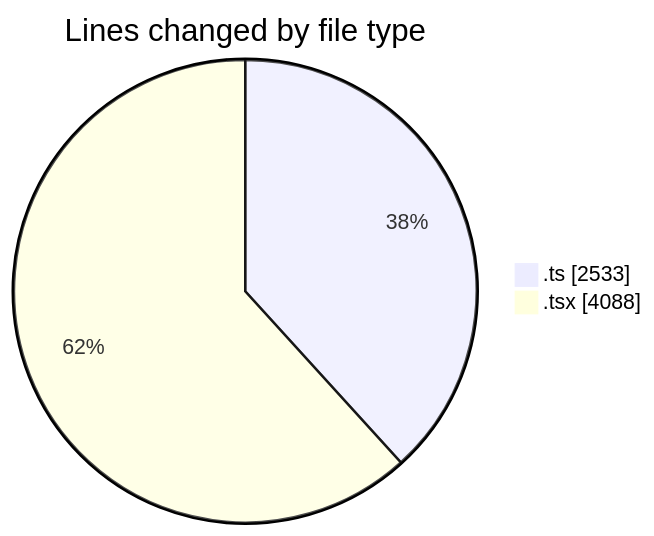
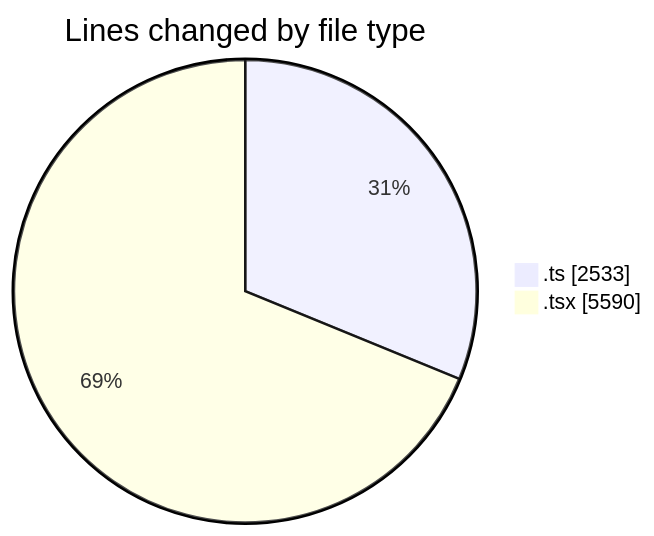
One commit to momahboobian/code-tracking changed the first of 2 diagrams in 2025-07-01/cda/README.md. Above: the diagram before and after it, drawn with Mermaid. The commit also changed other lines of this file and 1 other file, not shown here.

````diff
--- a/2025-07-01/cda/README.md
+++ b/2025-07-01/cda/README.md
@@ -38,6 +43,6 @@
 ```mermaid
 pie showData
 title Lines changed by file type
 ".ts" : 2533
-".tsx" : 4088
+".tsx" : 5590
 ```
````
